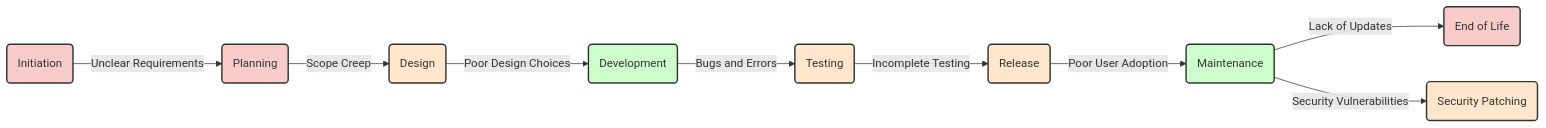
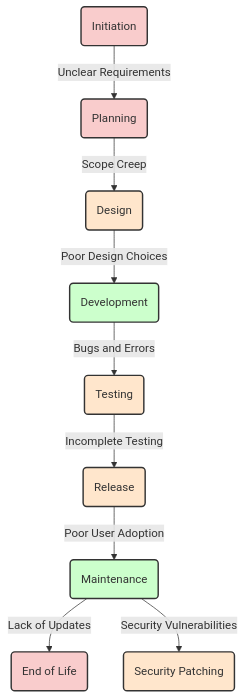
The diagram in docs/introductions/sdlc.md (UPPMAX/programming_formalisms), drawn with Mermaid before and after one commit. The commit also changed other lines of this file, not shown here.

````diff
--- a/docs/introductions/sdlc.md
+++ b/docs/introductions/sdlc.md
@@ -44,19 +45,19 @@
 ```mermaid
-graph LR;
+graph TD;
     A(Initiation) -->|Unclear Requirements| B(Planning);
     B -->|Scope Creep| C(Design);
     C -->|Poor Design Choices| D(Development);
     D -->|Bugs and Errors| E(Testing);
     E -->|Incomplete Testing| F(Release);
     F -->|Poor User Adoption| G(Maintenance);
     G -->|Lack of Updates| H(End of Life);
     G -->|Security Vulnerabilities| I(Security Patching);
 
     classDef red fill:#f9cccc,stroke:#333,stroke-width:2px;
     classDef orange fill:#ffe6cc,stroke:#333,stroke-width:2px;
     classDef green fill:#ccffcc,stroke:#333,stroke-width:2px;
 
     class A,B,H red;
     class C,E,F,I orange;
     class D,G green;
 ```
````
